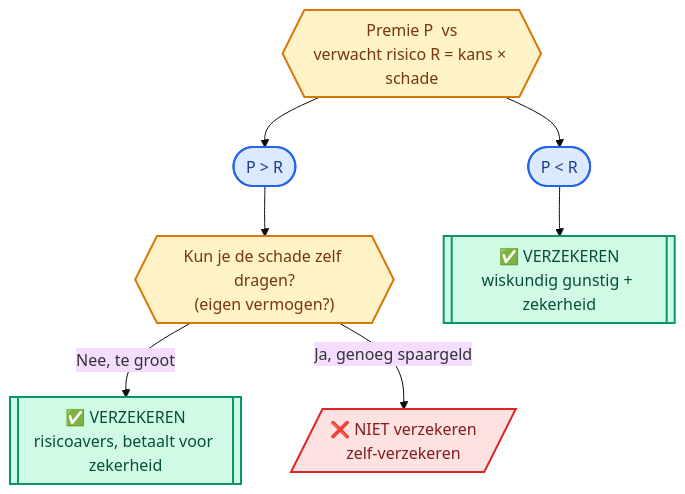
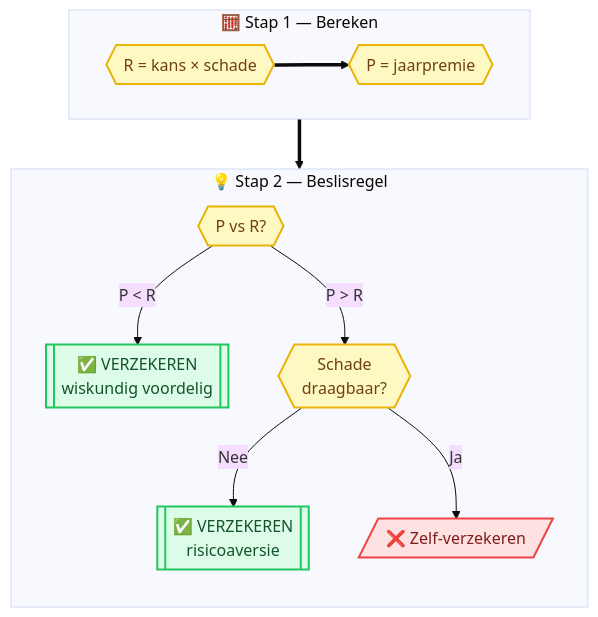
Before and after one commit to ateknol/HAVO-Economie-examen: diagram 13 of 23 in Volledige_Samenvatting_H1_H2.md, drawn with Mermaid (base theme). The commit also changed other lines of this file and 6 other files, not shown here.

````diff
--- a/Volledige_Samenvatting_H1_H2.md
+++ b/Volledige_Samenvatting_H1_H2.md
@@ -892,25 +927,21 @@
 ```mermaid
 flowchart TD
-    Start{{"Premie P  vs<br/>verwacht risico R = kans × schade"}}
-    Lager(["P < R"])
-    Hoger(["P > R"])
-    Vraag{{"Kun je de schade zelf dragen?<br/>(eigen vermogen?)"}}
-    GoA[["✅ VERZEKEREN<br/>wiskundig gunstig + zekerheid"]]
-    GoB[["✅ VERZEKEREN<br/>risicoavers, betaalt voor zekerheid"]]
-    Niet[/"❌ NIET verzekeren<br/>zelf-verzekeren"/]
-
-    Start --> Lager --> GoA
-    Start --> Hoger --> Vraag
-    Vraag -->|"Nee, te groot"| GoB
-    Vraag -->|"Ja, genoeg spaargeld"| Niet
-
-    classDef vraag fill:#fef3c7,stroke:#d97706,stroke-width:2px,color:#78350f
-    classDef proces fill:#dbeafe,stroke:#2563eb,stroke-width:2px,color:#1e3a8a
-    classDef goed fill:#d1fae5,stroke:#059669,stroke-width:2px,color:#064e3b
-    classDef fout fill:#fee2e2,stroke:#dc2626,stroke-width:2px,color:#7f1d1d
-
-    class Start,Vraag vraag
-    class Lager,Hoger proces
-    class GoA,GoB goed
-    class Niet fout
+    subgraph VZ_Calc["🧮 Stap 1 — Bereken"]
+        direction LR
+        VZ_R{{"R = kans × schade"}} ==> VZ_P{{"P = jaarpremie"}}
+    end
+    subgraph VZ_Bes["💡 Stap 2 — Beslisregel"]
+        direction TB
+        VZ_Comp{{"P vs R?"}} -->|"P < R"| VZ_GoA[["✅ VERZEKEREN<br/>wiskundig voordelig"]]
+        VZ_Comp -->|"P > R"| VZ_Vr{{"Schade<br/>draagbaar?"}}
+        VZ_Vr -->|"Nee"| VZ_GoB[["✅ VERZEKEREN<br/>risicoaversie"]]
+        VZ_Vr -->|"Ja"| VZ_Niet[/"❌ Zelf-verzekeren"/]
+    end
+    VZ_P ==> VZ_Comp
+    classDef besluit fill:#fef9c3,stroke:#eab308,stroke-width:2px,color:#713f12
+    classDef succes fill:#dcfce7,stroke:#22c55e,stroke-width:2px,color:#14532d
+    classDef falen fill:#fee2e2,stroke:#ef4444,stroke-width:2px,color:#7f1d1d
+    class VZ_R,VZ_P,VZ_Comp,VZ_Vr besluit
+    class VZ_GoA,VZ_GoB succes
+    class VZ_Niet falen
 ```
````
